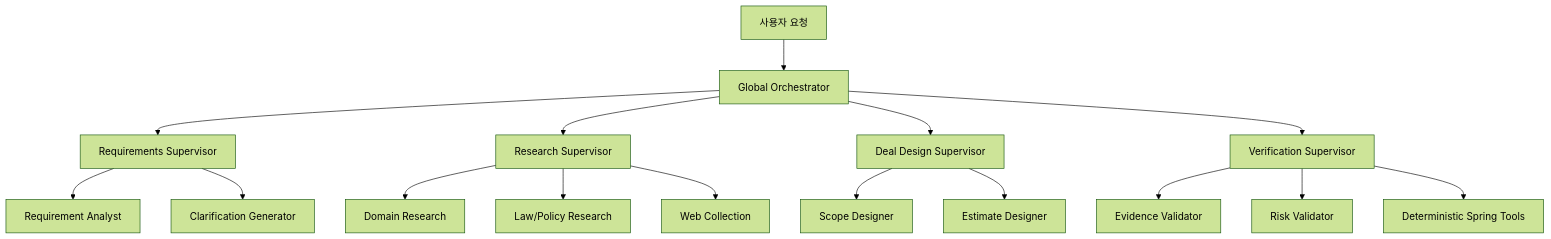
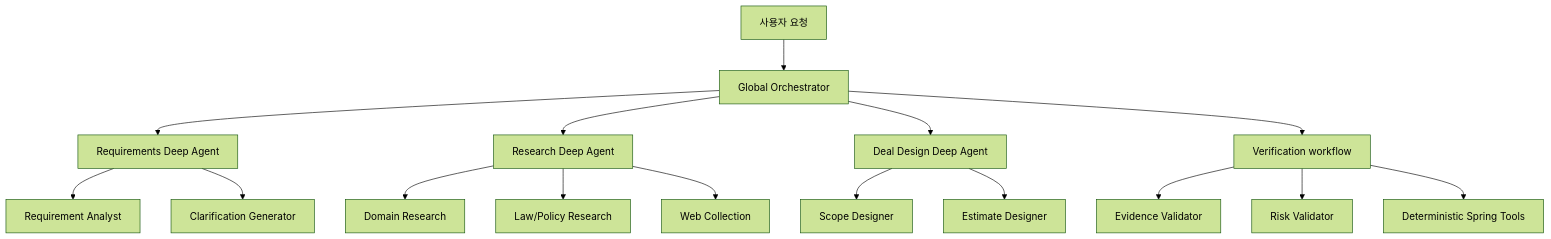
Before and after one commit to jomkeu3369/Freelance-Ops-Agent: the fourth of 4 diagrams in docs/V2_SPECIFICATION.md, drawn with Mermaid (forest theme). The commit also changed other lines of this file and 125 other files, not shown here.

````diff
--- a/docs/V2_SPECIFICATION.md
+++ b/docs/V2_SPECIFICATION.md
@@ -578,19 +583,19 @@
 ```mermaid
 flowchart TD
     U["사용자 요청"] --> G["Global Orchestrator"]
-    G --> RQ["Requirements Supervisor"]
-    G --> RS["Research Supervisor"]
-    G --> DS["Deal Design Supervisor"]
-    G --> VS["Verification Supervisor"]
+    G --> RQ["Requirements Deep Agent"]
+    G --> RS["Research Deep Agent"]
+    G --> DS["Deal Design Deep Agent"]
+    G --> VS["Verification workflow"]
 
     RQ --> RA["Requirement Analyst"]
     RQ --> CQ["Clarification Generator"]
     RS --> DA["Domain Research"]
     RS --> LA["Law/Policy Research"]
     RS --> WA["Web Collection"]
     DS --> WA2["Scope Designer"]
     DS --> EA["Estimate Designer"]
     VS --> EV["Evidence Validator"]
     VS --> RV["Risk Validator"]
     VS --> DT["Deterministic Spring Tools"]
 ```
````
